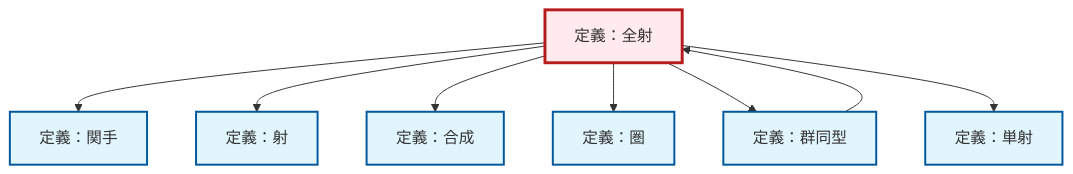
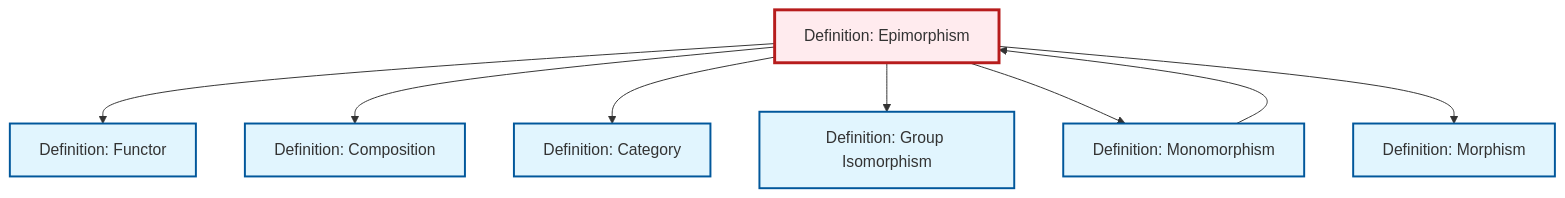
One commit to RK0429/ModernMath changed the diagram in content/ja/category-theory/def-epimorphism.qmd. Above: the diagram before and after it, drawn with Mermaid. The commit also changed other lines of this file and 597 other files, not shown here.

````diff
--- a/content/ja/category-theory/def-epimorphism.qmd
+++ b/content/ja/category-theory/def-epimorphism.qmd
@@ -97,30 +97,30 @@
 ```{mermaid}
-%%| fig-cap: "ローカル依存関係グラフ"
+%%| fig-cap: "Local dependency graph"
 graph TD
     classDef definition fill:#e1f5fe,stroke:#01579b,stroke-width:2px
     classDef theorem fill:#f3e5f5,stroke:#4a148c,stroke-width:2px
     classDef axiom fill:#fff3e0,stroke:#e65100,stroke-width:2px
     classDef example fill:#e8f5e9,stroke:#1b5e20,stroke-width:2px
     classDef current fill:#ffebee,stroke:#b71c1c,stroke-width:3px
-    def-morphism["定義：射"]:::definition
-    def-category["定義：圏"]:::definition
-    def-epimorphism["定義：全射"]:::definition
-    def-isomorphism["定義：群同型"]:::definition
-    def-composition["定義：合成"]:::definition
-    def-functor["定義：関手"]:::definition
-    def-monomorphism["定義：単射"]:::definition
+    def-epimorphism["Definition: Epimorphism"]:::definition
+    def-category["Definition: Category"]:::definition
+    def-isomorphism["Definition: Group Isomorphism"]:::definition
+    def-morphism["Definition: Morphism"]:::definition
+    def-monomorphism["Definition: Monomorphism"]:::definition
+    def-composition["Definition: Composition"]:::definition
+    def-functor["Definition: Functor"]:::definition
+    def-monomorphism --> def-epimorphism
     def-epimorphism --> def-functor
-    def-epimorphism --> def-morphism
     def-epimorphism --> def-composition
-    def-isomorphism --> def-epimorphism
     def-epimorphism --> def-category
     def-epimorphism --> def-isomorphism
     def-epimorphism --> def-monomorphism
+    def-epimorphism --> def-morphism
     class def-epimorphism current
-    click def-morphism "def-morphism.html" "射の定義へ移動"
-    click def-category "def-category.html" "圏の定義へ移動"
-    click def-isomorphism "def-isomorphism.html" "群同型の定義へ移動"
-    click def-composition "def-composition.html" "合成の定義へ移動"
-    click def-functor "def-functor.html" "関手の定義へ移動"
-    click def-monomorphism "def-monomorphism.html" "単射の定義へ移動"
+    click def-category "def-category.html" "Definition: Categoryへ"
+    click def-isomorphism "def-isomorphism.html" "Definition: Group Isomorphismへ"
+    click def-morphism "def-morphism.html" "Definition: Morphismへ"
+    click def-monomorphism "def-monomorphism.html" "Definition: Monomorphismへ"
+    click def-composition "def-composition.html" "Definition: Compositionへ"
+    click def-functor "def-functor.html" "Definition: Functorへ"
 ```
````
